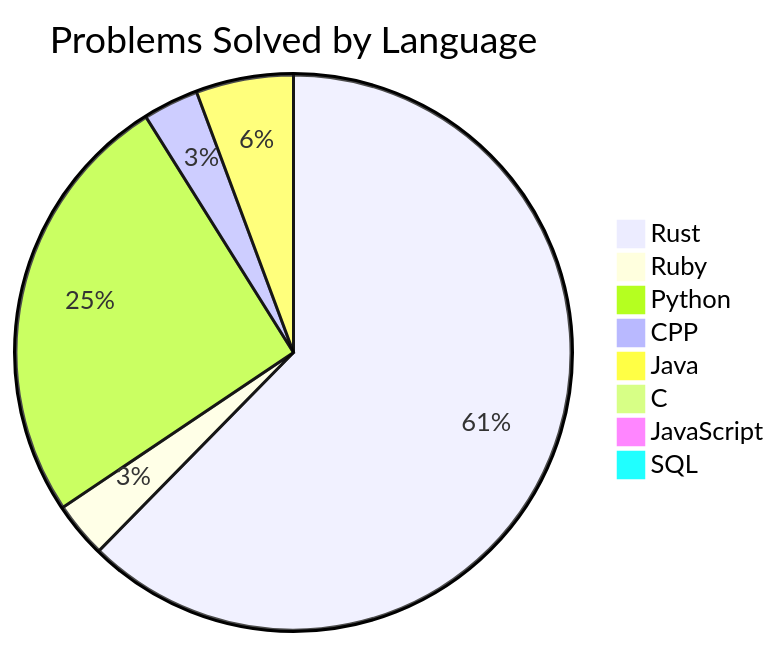
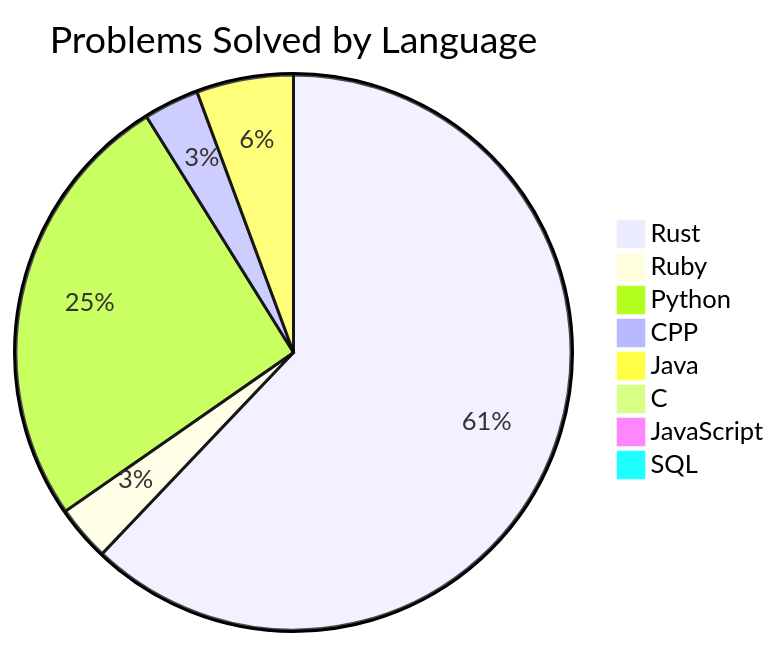
Before and after one commit to Liam-Wirth/leetcode-solutions: the second of 2 diagrams in README.md, drawn with Mermaid. The commit also changed other lines of this file and 3 other files, not shown here.

````diff
--- a/README.md
+++ b/README.md
@@ -47,11 +47,11 @@
 ```mermaid
 pie title Problems Solved by Language
     "Rust": 154
     "Ruby": 8
-    "Python": 63
+    "Python": 64
     "CPP": 8
     "Java": 14
     "C": 1
     "JavaScript": 2
     "SQL": 2
 ```
````
